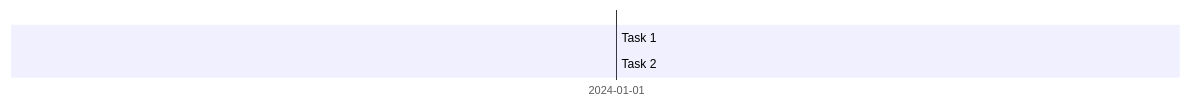
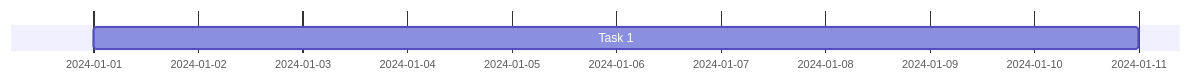
Diagram 20 of 21 in skills/engineering/drawing-mermaid-diagrams/references/gantt.md (bostonaholic/skills), drawn with Mermaid before and after one commit. The commit also changed other lines of this file and 35 other files, not shown here.

````diff
--- a/skills/engineering/drawing-mermaid-diagrams/references/gantt.md
+++ b/skills/engineering/drawing-mermaid-diagrams/references/gantt.md
@@ -335,6 +336,5 @@
 ```mermaid
 gantt
     dateFormat YYYY-MM-DD
-    Task 1 :2024-01-01, 10d   %% Correct
-    Task 2 :01-01-2024, 10d   %% Wrong format
+    Task 1 :2024-01-01, 10d
 ```
````
